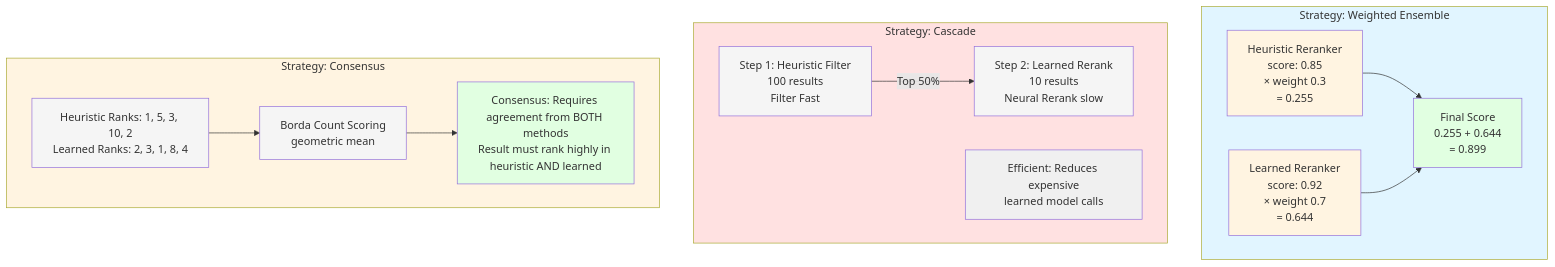
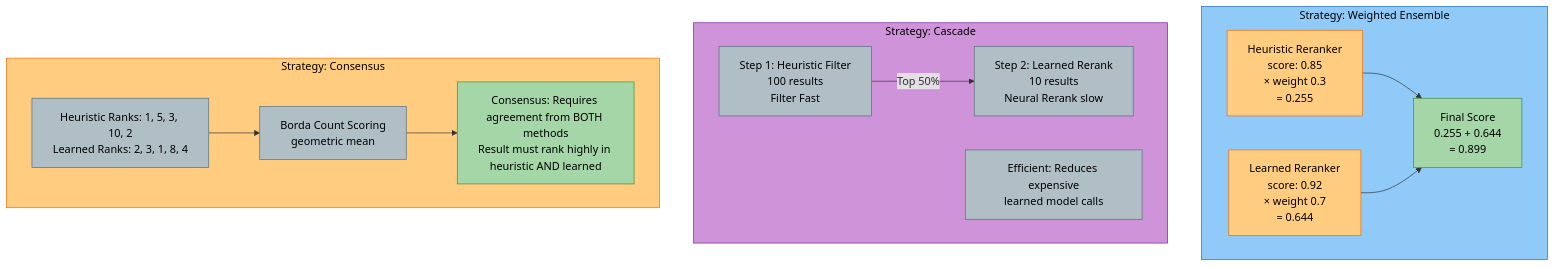
The third of 3 diagrams in docs/modules/search-reranking.md (amit-jain/cogniverse), drawn with Mermaid before and after one commit. The commit also changed other lines of this file and 83 other files, not shown here.

First line of the commit message:
Fix documentation veracity, formatting, and diagrams across all modules

````diff
--- a/docs/modules/search-reranking.md
+++ b/docs/modules/search-reranking.md
@@ -92,37 +93,37 @@
 ```mermaid
-graph TB
-    subgraph Strategy1[Strategy: Weighted Ensemble]
-        Heur1[Heuristic Reranker<br/>score: 0.85<br/>× weight 0.3<br/>= 0.255]
-        Learn1[Learned Reranker<br/>score: 0.92<br/>× weight 0.7<br/>= 0.644]
-        Heur1 --> Final1[Final Score<br/>0.255 + 0.644<br/>= 0.899]
+flowchart TB
+    subgraph Strategy1["<span style='color:#000'>Strategy: Weighted Ensemble</span>"]
+        Heur1["<span style='color:#000'>Heuristic Reranker<br/>score: 0.85<br/>× weight 0.3<br/>= 0.255</span>"]
+        Learn1["<span style='color:#000'>Learned Reranker<br/>score: 0.92<br/>× weight 0.7<br/>= 0.644</span>"]
+        Heur1 --> Final1["<span style='color:#000'>Final Score<br/>0.255 + 0.644<br/>= 0.899</span>"]
         Learn1 --> Final1
     end
 
-    subgraph Strategy2[Strategy: Cascade]
-        Step1[Step 1: Heuristic Filter<br/>100 results<br/>Filter Fast]
-        Step2[Step 2: Learned Rerank<br/>10 results<br/>Neural Rerank slow]
+    subgraph Strategy2["<span style='color:#000'>Strategy: Cascade</span>"]
+        Step1["<span style='color:#000'>Step 1: Heuristic Filter<br/>100 results<br/>Filter Fast</span>"]
+        Step2["<span style='color:#000'>Step 2: Learned Rerank<br/>10 results<br/>Neural Rerank slow</span>"]
         Step1 -->|Top 50%| Step2
-        Info1[Efficient: Reduces expensive<br/>learned model calls]
+        Info1["<span style='color:#000'>Efficient: Reduces expensive<br/>learned model calls</span>"]
     end
 
-    subgraph Strategy3[Strategy: Consensus]
-        Ranks[Heuristic Ranks: 1, 5, 3, 10, 2<br/>Learned Ranks: 2, 3, 1, 8, 4]
-        Borda[Borda Count Scoring<br/>geometric mean]
-        Consensus[Consensus: Requires agreement from BOTH methods<br/>Result must rank highly in heuristic AND learned]
+    subgraph Strategy3["<span style='color:#000'>Strategy: Consensus</span>"]
+        Ranks["<span style='color:#000'>Heuristic Ranks: 1, 5, 3, 10, 2<br/>Learned Ranks: 2, 3, 1, 8, 4</span>"]
+        Borda["<span style='color:#000'>Borda Count Scoring<br/>geometric mean</span>"]
+        Consensus["<span style='color:#000'>Consensus: Requires agreement from BOTH methods<br/>Result must rank highly in heuristic AND learned</span>"]
         Ranks --> Borda
         Borda --> Consensus
     end
 
-    style Strategy1 fill:#e1f5ff
-    style Heur1 fill:#fff4e1
-    style Learn1 fill:#fff4e1
-    style Final1 fill:#e1ffe1
-    style Strategy2 fill:#ffe1e1
-    style Step1 fill:#f5f5f5
-    style Step2 fill:#f5f5f5
-    style Info1 fill:#f0f0f0
-    style Strategy3 fill:#fff4e1
-    style Ranks fill:#f5f5f5
-    style Borda fill:#f5f5f5
-    style Consensus fill:#e1ffe1
+    style Strategy1 fill:#90caf9,stroke:#1565c0,color:#000
+    style Heur1 fill:#ffcc80,stroke:#ef6c00,color:#000
+    style Learn1 fill:#ffcc80,stroke:#ef6c00,color:#000
+    style Final1 fill:#a5d6a7,stroke:#388e3c,color:#000
+    style Strategy2 fill:#ce93d8,stroke:#7b1fa2,color:#000
+    style Step1 fill:#b0bec5,stroke:#546e7a,color:#000
+    style Step2 fill:#b0bec5,stroke:#546e7a,color:#000
+    style Info1 fill:#b0bec5,stroke:#546e7a,color:#000
+    style Strategy3 fill:#ffcc80,stroke:#ef6c00,color:#000
+    style Ranks fill:#b0bec5,stroke:#546e7a,color:#000
+    style Borda fill:#b0bec5,stroke:#546e7a,color:#000
+    style Consensus fill:#a5d6a7,stroke:#388e3c,color:#000
 ```
````
